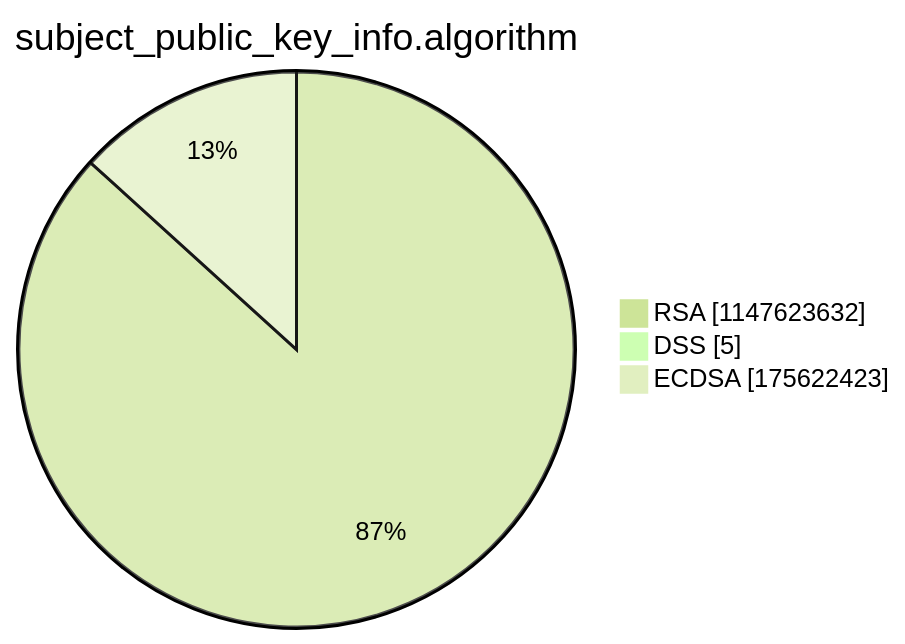
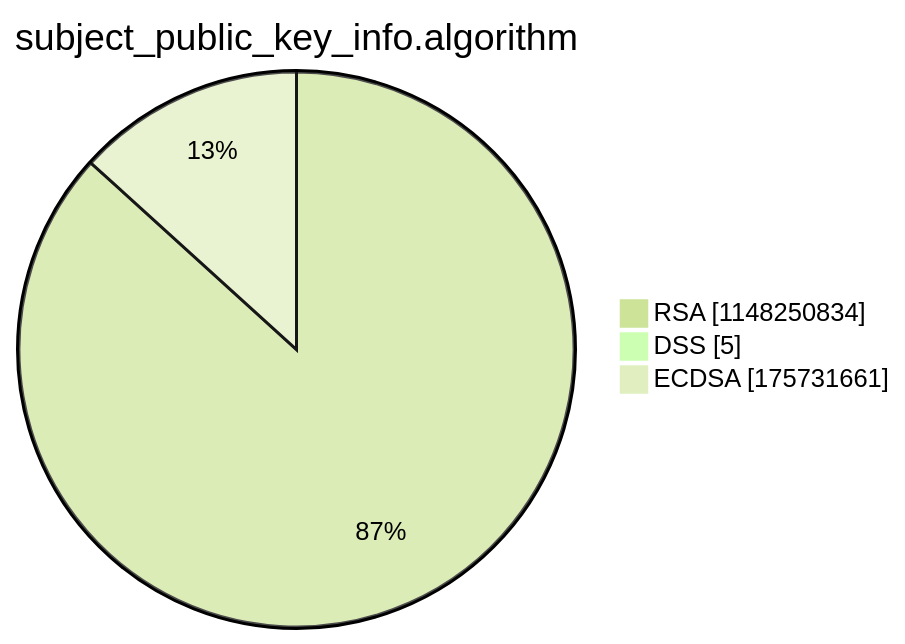
One commit to christiankrug/ctmonitor_visualization changed the third of 15 diagrams in argon2022/README.md. Above: the diagram before and after it, drawn with Mermaid (forest theme). The commit also changed other lines of this file, not shown here.

````diff
--- a/argon2022/README.md
+++ b/argon2022/README.md
@@ -14,7 +14,7 @@
 ```mermaid
 pie showData
 title subject_public_key_info.algorithm
-"RSA" :1147623632
+"RSA" :1148250834
 "DSS" :5
-"ECDSA" :175622423
+"ECDSA" :175731661
 ```
````
